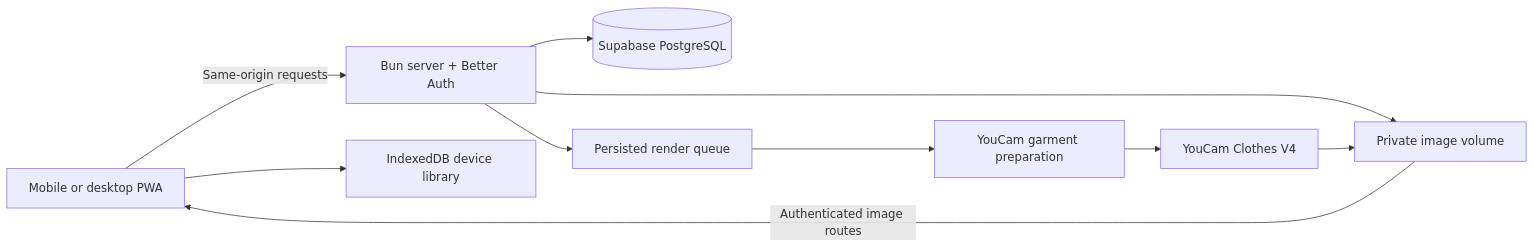
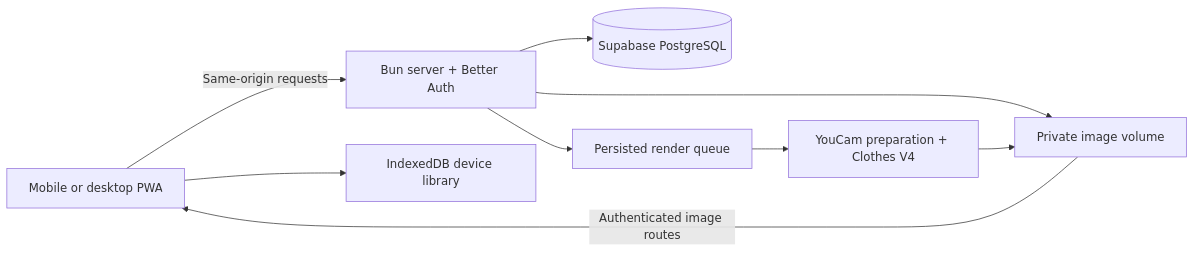
The second of 2 diagrams in README.md (Haleem-code/presew-studio), drawn with Mermaid before and after one commit. The commit also changed other lines of this file and 8 other files, not shown here.

````diff
--- a/README.md
+++ b/README.md
@@ -96,12 +158,11 @@
 ```mermaid
 flowchart LR
   U[Mobile or desktop PWA] -->|Same-origin requests| B[Bun server + Better Auth]
   U --> L[IndexedDB device library]
   B --> D[(Supabase PostgreSQL)]
   B --> S[Private image volume]
   B --> Q[Persisted render queue]
-  Q --> P[YouCam garment preparation]
-  P --> V[YouCam Clothes V4]
-  V --> S
+  Q --> Y[YouCam preparation + Clothes V4]
+  Y --> S
   S -->|Authenticated image routes| U
 ```
````
